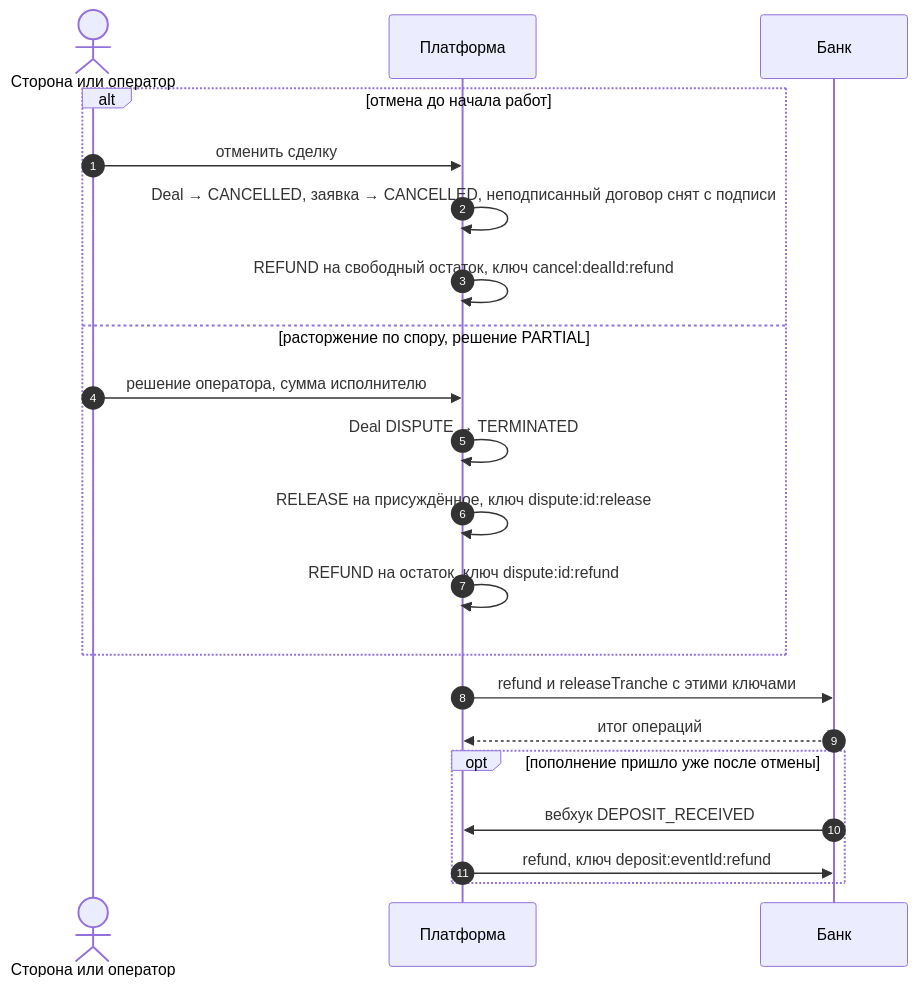
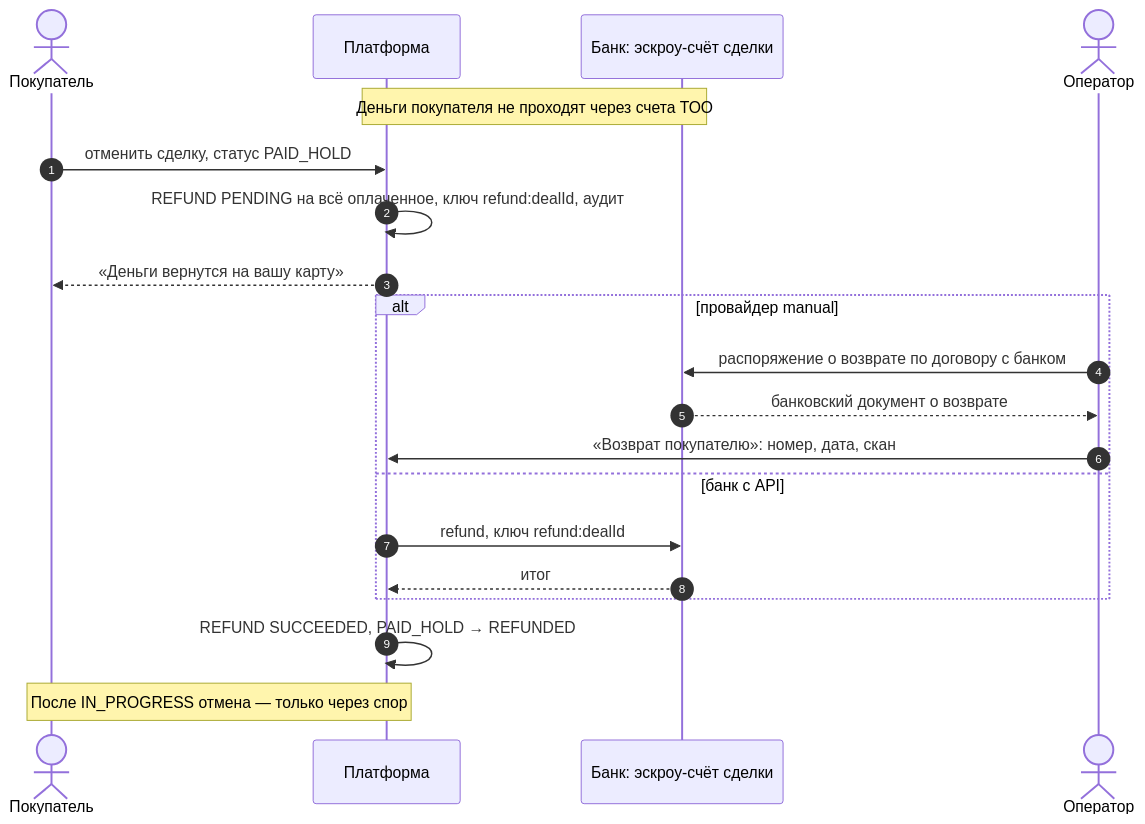
The fifth of 6 diagrams in docs/bank/03-escrow-integration.md (CemeteryPlaya/senim-platform), drawn with Mermaid before and after one commit. The commit also changed other lines of this file and 2 other files, not shown here.

````diff
--- a/docs/bank/03-escrow-integration.md
+++ b/docs/bank/03-escrow-integration.md
@@ -312,24 +330,23 @@
 ```mermaid
 sequenceDiagram
   autonumber
-  actor S as Сторона или оператор
+  actor C as Покупатель
   participant P as Платформа
-  participant B as Банк
+  participant B as Банк: эскроу-счёт сделки
+  actor O as Оператор
 
-  alt отмена до начала работ
-    S->>P: отменить сделку
-    P->>P: Deal → CANCELLED, заявка → CANCELLED, неподписанный договор снят с подписи
-    P->>P: REFUND на свободный остаток, ключ cancel:dealId:refund
-  else расторжение по спору, решение PARTIAL
-    S->>P: решение оператора, сумма исполнителю
-    P->>P: Deal DISPUTE → TERMINATED
-    P->>P: RELEASE на присуждённое, ключ dispute:id:release
-    P->>P: REFUND на остаток, ключ dispute:id:refund
+  Note over P,B: Деньги покупателя не проходят через счета ТОО
+  C->>P: отменить сделку, статус PAID_HOLD
+  P->>P: REFUND PENDING на всё оплаченное, ключ refund:dealId, аудит
+  P-->>C: «Деньги вернутся на вашу карту»
+  alt провайдер manual
+    O->>B: распоряжение о возврате по договору с банком
+    B-->>O: банковский документ о возврате
+    O->>P: «Возврат покупателю»: номер, дата, скан
+  else банк с API
+    P->>B: refund, ключ refund:dealId
+    B-->>P: итог
   end
-  P->>B: refund и releaseTranche с этими ключами
-  B-->>P: итог операций
-  opt пополнение пришло уже после отмены
-    B->>P: вебхук DEPOSIT_RECEIVED
-    P->>B: refund, ключ deposit:eventId:refund
-  end
+  P->>P: REFUND SUCCEEDED, PAID_HOLD → REFUNDED
+  Note over C,P: После IN_PROGRESS отмена — только через спор
 ```
````
